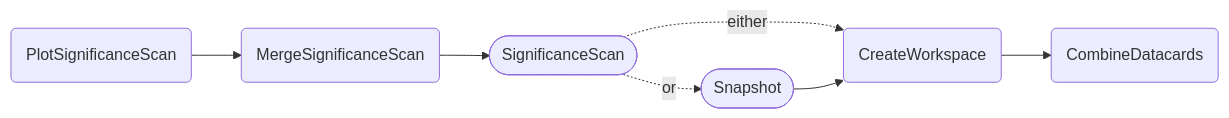
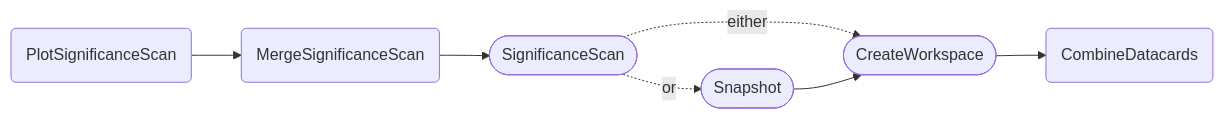
The first of 2 diagrams in docs/content/tasks/significances.md (cms-hh/inference_tools), drawn with Mermaid before and after one commit. The commit also changed other lines of this file and 8 other files, not shown here.

````diff
--- a/docs/content/tasks/significances.md
+++ b/docs/content/tasks/significances.md
@@ -26,9 +26,9 @@
 ```mermaid
 graph LR;
     A(PlotSignificanceScan) --> B(MergeSignificanceScan);
     B --> C([SignificanceScan]);
-    C -. either .-> D(CreateWorkspace);
+    C -. either .-> D([CreateWorkspace]);
     D --> E(CombineDatacards);
     C -. or .-> F([Snapshot]);
     F --> D;
 ```
````
